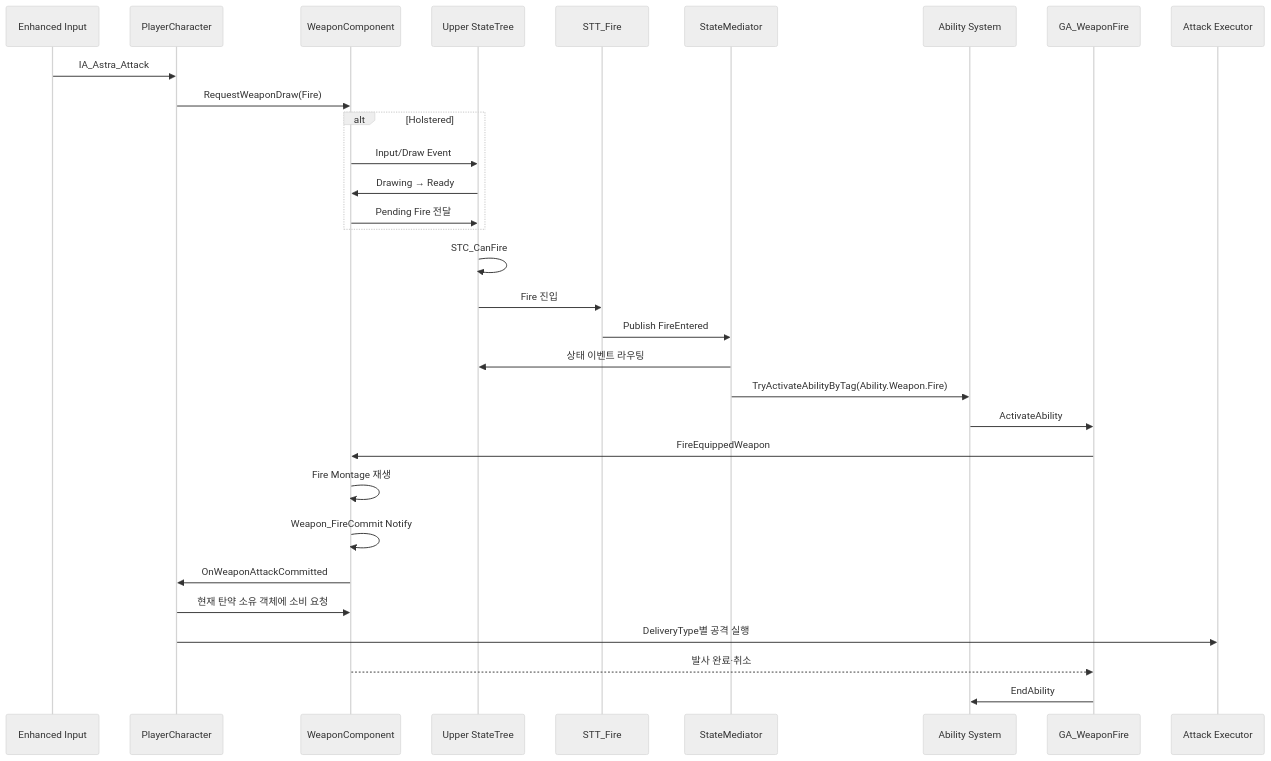
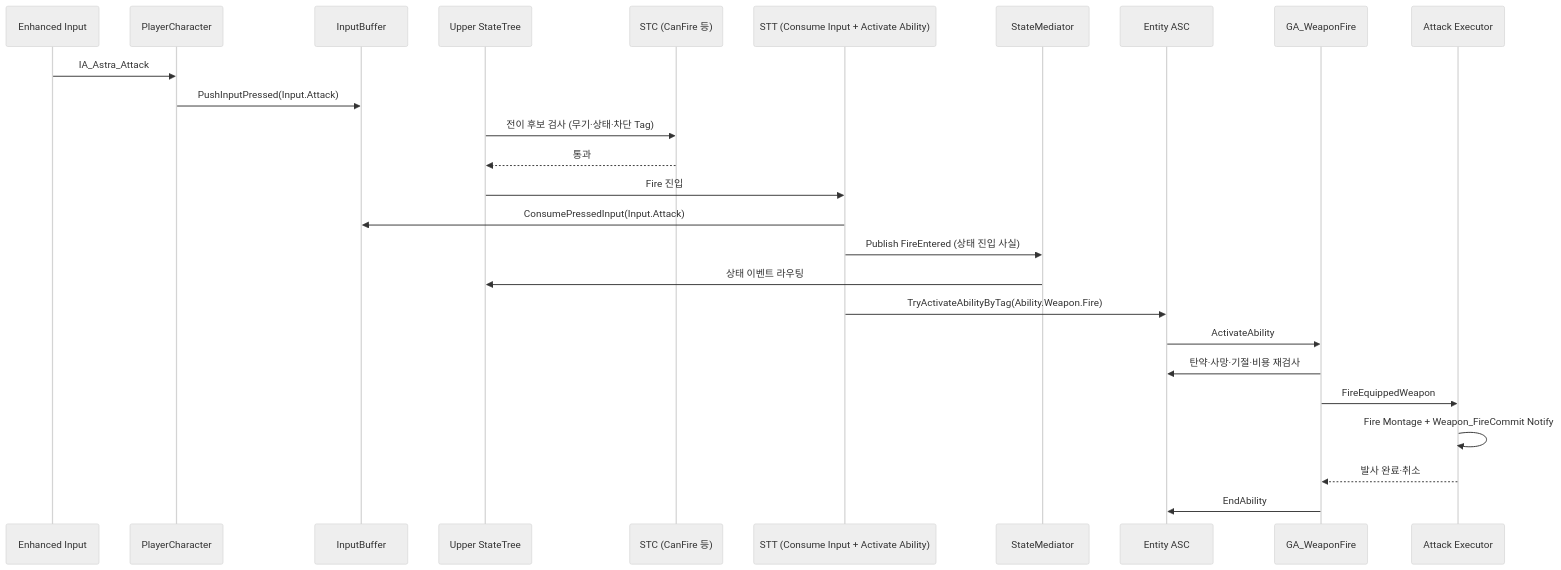
Before and after one commit to liang2papa/Astra_Docs: the diagram in Wiki/03_시스템 설계/StateTree와 GAS.md, drawn with Mermaid (neutral theme). The commit also changed other lines of this file and 13 other files, not shown here.

````diff
--- a/Wiki/03_시스템 설계/StateTree와 GAS.md
+++ b/Wiki/03_시스템 설계/StateTree와 GAS.md
@@ -103,34 +115,29 @@
 ```mermaid
 sequenceDiagram
     participant Input as Enhanced Input
     participant Character as PlayerCharacter
-    participant Weapon as WeaponComponent
+    participant Buffer as InputBuffer
     participant Upper as Upper StateTree
-    participant Task as STT_Fire
+    participant STC as STC (CanFire 등)
+    participant Task as STT (Consume Input + Activate Ability)
     participant Mediator as StateMediator
-    participant ASC as Ability System
+    participant ASC as Entity ASC
     participant GA as GA_WeaponFire
     participant Executor as Attack Executor
 
     Input->>Character: IA_Astra_Attack
-    Character->>Weapon: RequestWeaponDraw(Fire)
-    alt Holstered
-        Weapon->>Upper: Input/Draw Event
-        Upper->>Weapon: Drawing → Ready
-        Weapon->>Upper: Pending Fire 전달
-    end
-    Upper->>Upper: STC_CanFire
+    Character->>Buffer: PushInputPressed(Input.Attack)
+    Upper->>STC: 전이 후보 검사 (무기·상태·차단 Tag)
+    STC-->>Upper: 통과
     Upper->>Task: Fire 진입
-    Task->>Mediator: Publish FireEntered
+    Task->>Buffer: ConsumePressedInput(Input.Attack)
+    Task->>Mediator: Publish FireEntered (상태 진입 사실)
     Mediator->>Upper: 상태 이벤트 라우팅
-    Mediator->>ASC: TryActivateAbilityByTag(Ability.Weapon.Fire)
+    Task->>ASC: TryActivateAbilityByTag(Ability.Weapon.Fire)
     ASC->>GA: ActivateAbility
-    GA->>Weapon: FireEquippedWeapon
-    Weapon->>Weapon: Fire Montage 재생
-    Weapon->>Weapon: Weapon_FireCommit Notify
-    Weapon->>Character: OnWeaponAttackCommitted
-    Character->>Weapon: 현재 탄약 소유 객체에 소비 요청
-    Character->>Executor: DeliveryType별 공격 실행
-    Weapon-->>GA: 발사 완료·취소
+    GA->>ASC: 탄약·사망·기절·비용 재검사
+    GA->>Executor: FireEquippedWeapon
+    Executor->>Executor: Fire Montage + Weapon_FireCommit Notify
+    Executor-->>GA: 발사 완료·취소
     GA->>ASC: EndAbility
 ```
````
